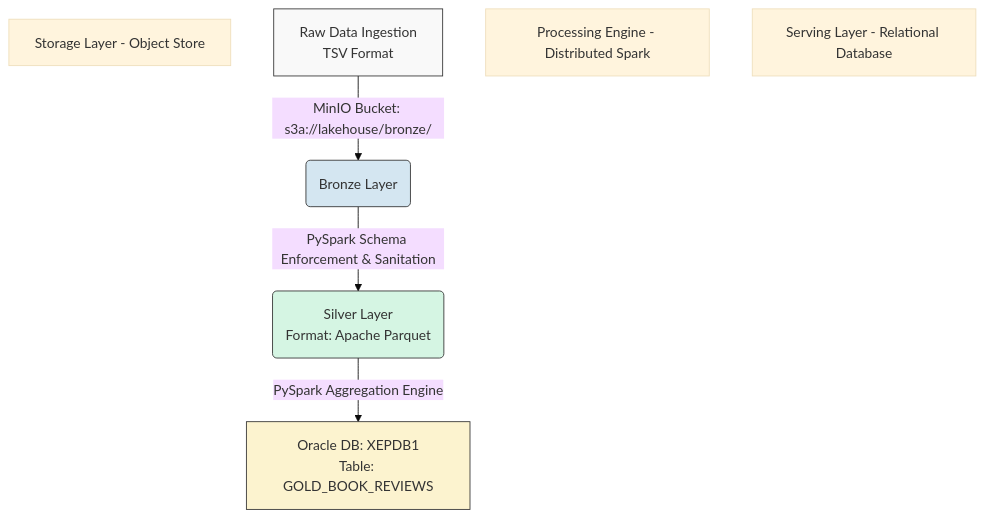
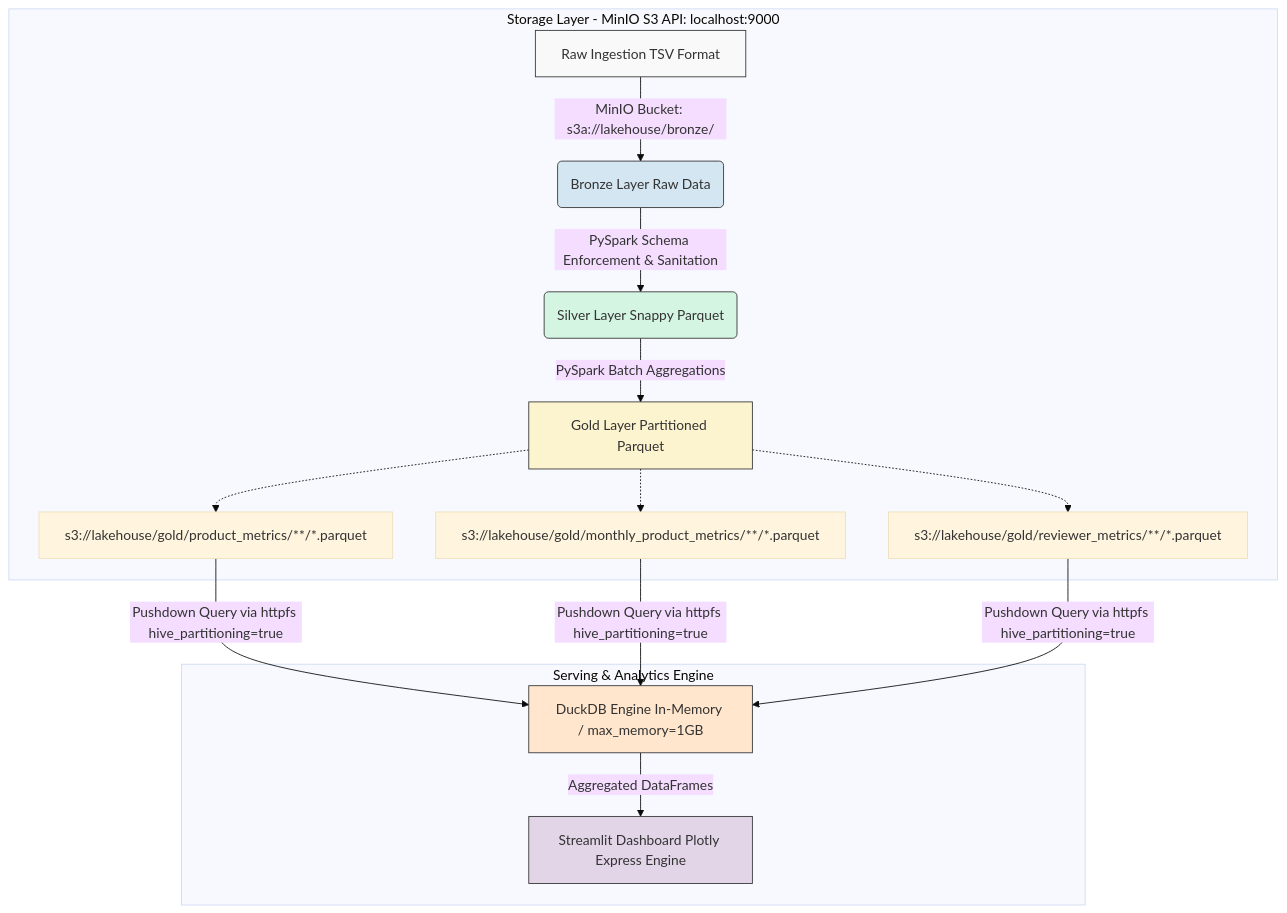
One commit to Londrik/azure-lakehouse-reviews changed the diagram in README.md. Above: the diagram before and after it, drawn with Mermaid (base theme). The commit also changed other lines of this file, not shown here.

`````diff
--- a/README.md
+++ b/README.md
@@ -7,16 +9,23 @@
-``` mermaid
+```mermaid
 graph TD
-    SubGraph1[Storage Layer - Object Store]
-    A[Raw Data Ingestion\nTSV Format] -->|MinIO Bucket: s3a://lakehouse/bronze/| B(Bronze Layer)
-    
-    SubGraph2[Processing Engine - Distributed Spark]
-    B -->|PySpark Schema Enforcement & Sanitation| C(Silver Layer\nFormat: Apache Parquet)
-    
-    SubGraph3[Serving Layer - Relational Database]
-    C -->|PySpark Aggregation Engine| D[Oracle DB: XEPDB1\nTable: GOLD_BOOK_REVIEWS]
+    subgraph Storage_Layer [Storage Layer - MinIO S3 API: localhost:9000]
+        A[Raw Ingestion TSV Format] -->|MinIO Bucket: s3a://lakehouse/bronze/| B(Bronze Layer Raw Data)
+        B -->|PySpark Schema Enforcement & Sanitation| C(Silver Layer Snappy Parquet)
+        C -->|PySpark Batch Aggregations| D[Gold Layer Partitioned Parquet]
+        D -.-> D1[s3://lakehouse/gold/product_metrics/**/*.parquet]
+        D -.-> D2[s3://lakehouse/gold/monthly_product_metrics/**/*.parquet]
+        D -.-> D3[s3://lakehouse/gold/reviewer_metrics/**/*.parquet]
+    end
+
+    subgraph Serving_Layer [Serving & Analytics Engine]
+        D1 & D2 & D3 -->|Pushdown Query via httpfs hive_partitioning=true| E[DuckDB Engine In-Memory / max_memory=1GB]
+        E -->|Aggregated DataFrames| F[Streamlit Dashboard Plotly Express Engine]
+    end
 
     style A fill:#f9f9f9,stroke:#333,stroke-width:1px
     style B fill:#d4e6f1,stroke:#333,stroke-width:1px
     style C fill:#d5f5e3,stroke:#333,stroke-width:1px
     style D fill:#fcf3cf,stroke:#333,stroke-width:1px
-````
+    style E fill:#ffe6cc,stroke:#333,stroke-width:1px
+    style F fill:#e1d5e7,stroke:#333,stroke-width:1px
+```
`````
